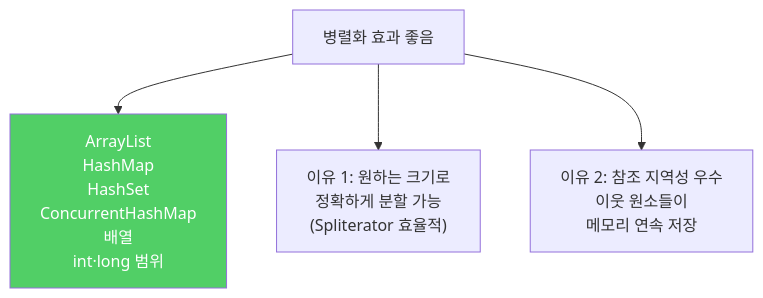
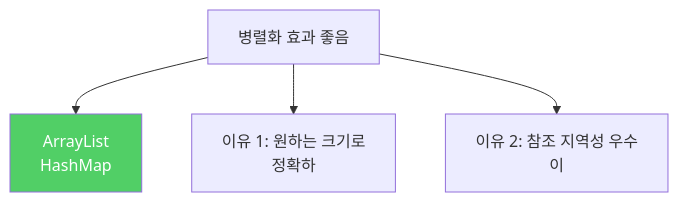
One commit to yjkim2015/yjkim2015.github.io changed the first of 3 diagrams in _posts/java/2022-01-24-effective-java48.md. Above: the diagram before and after it, drawn with Mermaid. The commit also changed other lines of this file and 271 other files, not shown here.

First line of the commit message:
Mermaid 라벨 축소: 긴 노드 텍스트 18자 이하로 트림 + \n 제거

````diff
--- a/_posts/java/2022-01-24-effective-java48.md
+++ b/_posts/java/2022-01-24-effective-java48.md
@@ -41,7 +41,7 @@
 ```mermaid
 graph TD
-    A["병렬화 효과 좋음"] --> B["ArrayList\nHashMap\nHashSet\nConcurrentHashMap\n배열\nint·long 범위"]
-    A --> C["이유 1: 원하는 크기로\n정확하게 분할 가능\n(Spliterator 효율적)"]
-    A --> D["이유 2: 참조 지역성 우수\n이웃 원소들이\n메모리 연속 저장"]
+    A["병렬화 효과 좋음"] --> B["ArrayList\nHashMap"]
+    A --> C["이유 1: 원하는 크기로\n정확하"]
+    A --> D["이유 2: 참조 지역성 우수\n이"]
     style B fill:#51cf66,color:#fff
 ```
````
